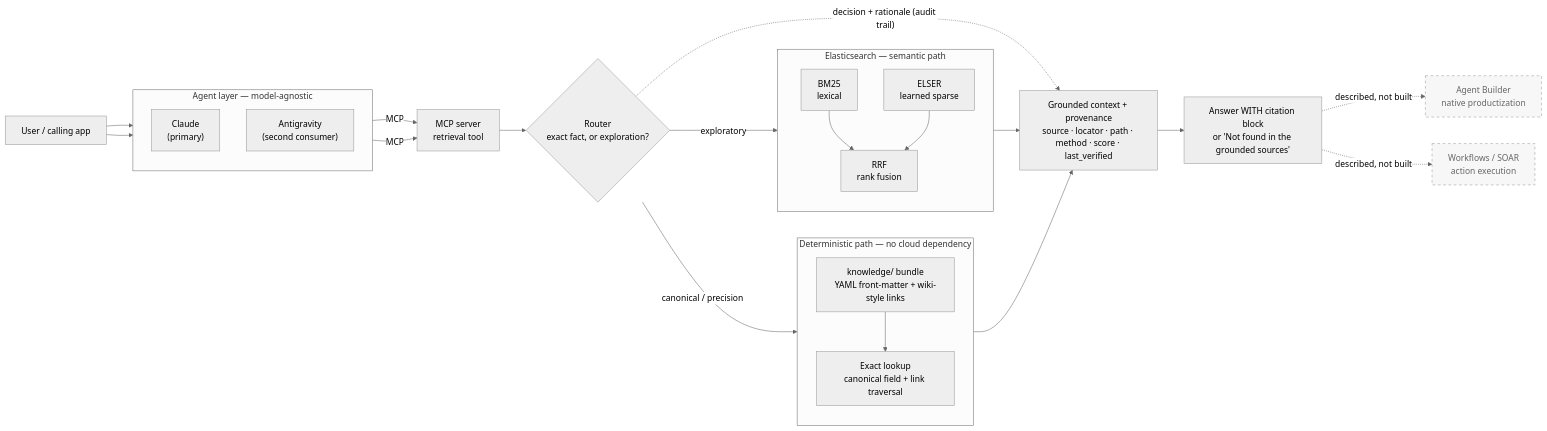
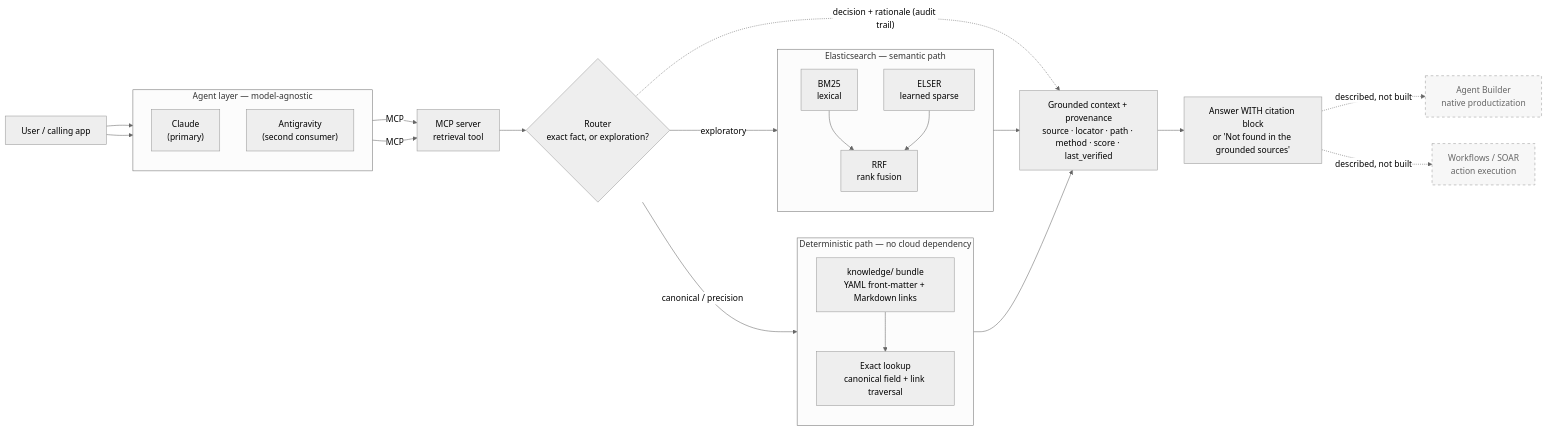
The diagram in docs/architecture.mmd (cdevarenne/grounded-context), drawn with Mermaid (neutral theme) before and after one commit. The commit also changed 4 other files, not shown here.

```diff
--- a/docs/architecture.mmd
+++ b/docs/architecture.mmd
@@ -1,55 +1,55 @@
 %% Grounded Context Layer — reference architecture
 %% Left-to-right request path. Two consumers prove model-agnosticism via one MCP tool.
 %% The router sends exact facts to the deterministic path and exploration to Elasticsearch;
 %% on ambiguity it queries BOTH and lets the exact hit win.
 %% Agent Builder and Workflows/SOAR are described, not built (dashed).
 flowchart LR
     U["User / calling app"]
 
     subgraph AGENT["Agent layer — model-agnostic"]
         direction TB
         CL["Claude<br/>(primary)"]
         AV["Antigravity<br/>(second consumer)"]
     end
 
     M["MCP server<br/>retrieval tool"]
     R{"Router<br/>exact fact, or exploration?"}
 
     subgraph DET["Deterministic path — no cloud dependency"]
         direction TB
-        KB["knowledge/ bundle<br/>YAML front-matter + wiki-style links"]
+        KB["knowledge/ bundle<br/>YAML front-matter + Markdown links"]
         LK["Exact lookup<br/>canonical field + link traversal"]
         KB --> LK
     end
 
     subgraph ES["Elasticsearch — semantic path"]
         direction TB
         BM["BM25<br/>lexical"]
         EL["ELSER<br/>learned sparse"]
         HF["RRF<br/>rank fusion"]
         BM --> HF
         EL --> HF
     end
 
     G["Grounded context + provenance<br/>source · locator · path · method · score · last_verified"]
     A["Answer WITH citation block<br/>or 'Not found in the grounded sources'"]
 
     AB["Agent Builder<br/>native productization"]
     WF["Workflows / SOAR<br/>action execution"]
 
     U --> CL
     U --> AV
     CL -->|MCP| M
     AV -->|MCP| M
     M --> R
     R -->|"canonical / precision"| DET
     R -->|"exploratory"| ES
     LK --> G
     HF --> G
     R -.->|"decision + rationale (audit trail)"| G
     G --> A
     A -.->|described, not built| AB
     A -.->|described, not built| WF
 
     classDef notbuilt fill:#f7f7f7,stroke:#999,stroke-dasharray:5 5,color:#666;
     class AB,WF notbuilt;
```
